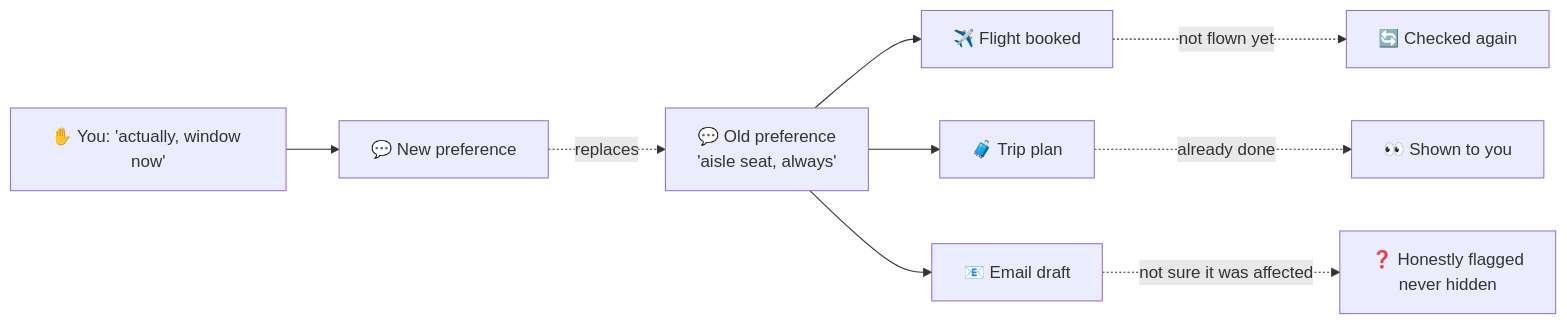
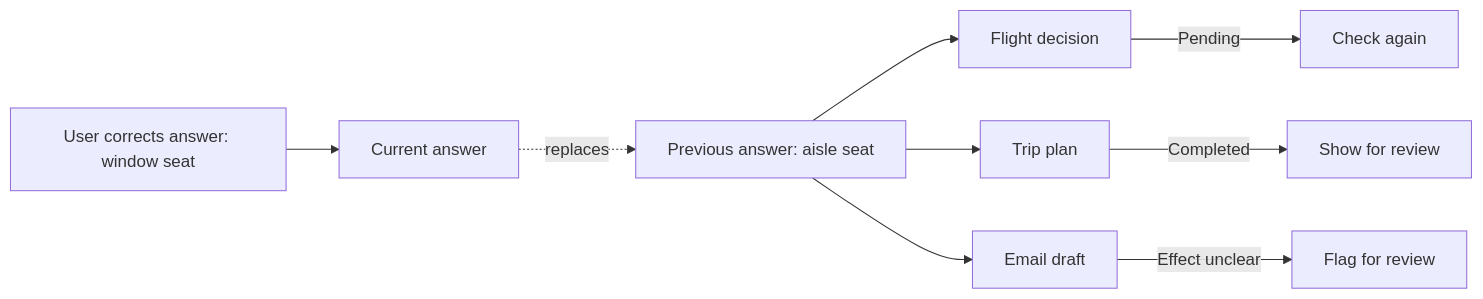
Before and after one commit to KanishkNoir/SwitchBoard: the third of 7 diagrams in README.md, drawn with Mermaid. The commit also changed other lines of this file and 9 other files, not shown here.

````diff
--- a/README.md
+++ b/README.md
@@ -55,11 +45,11 @@
 ```mermaid
 flowchart LR
-    OLD[💬 Old preference<br/>'aisle seat, always'] --> T1[✈️ Flight booked]
-    OLD --> T2[🧳 Trip plan]
-    OLD --> T3[📧 Email draft]
-    YOU[✋ You: 'actually, window now'] --> NEW[💬 New preference]
-    NEW -.->|replaces| OLD
-    T1 -.->|not flown yet| FIX[🔄 Checked again]
-    T2 -.->|already done| LOOK[👀 Shown to you]
-    T3 -.->|not sure it was affected| Q[❓ Honestly flagged<br/>never hidden]
+    OLD[Previous answer: aisle seat] --> D1[Flight decision]
+    OLD --> D2[Trip plan]
+    OLD --> D3[Email draft]
+    USER[User corrects answer: window seat] --> NEW[Current answer]
+    NEW -. replaces .-> OLD
+    D1 -->|Pending| CHECK[Check again]
+    D2 -->|Completed| REVIEW[Show for review]
+    D3 -->|Effect unclear| FLAG[Flag for review]
 ```
````
